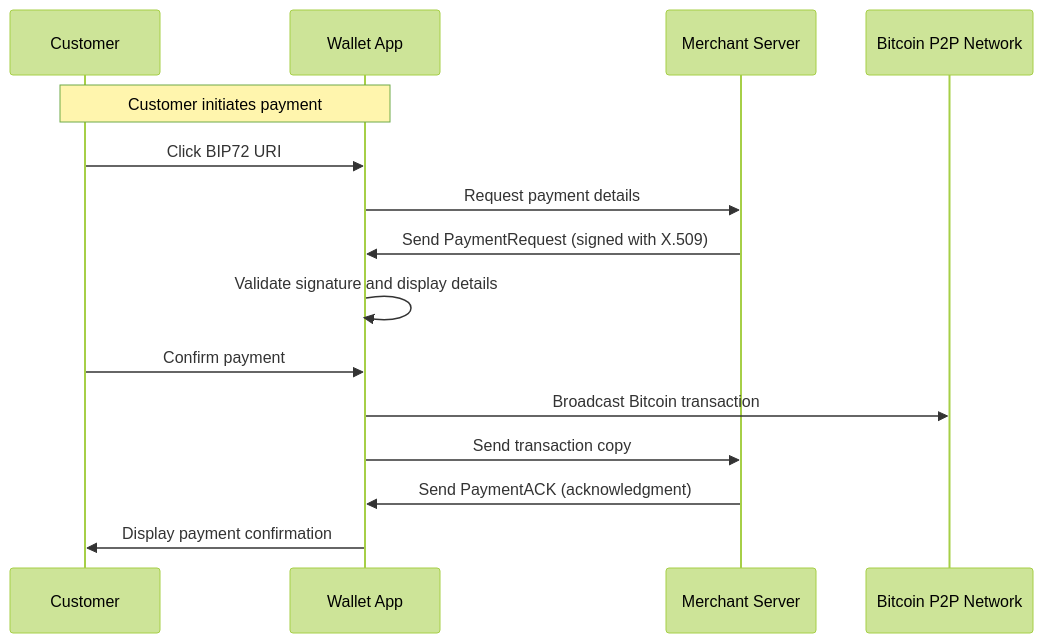
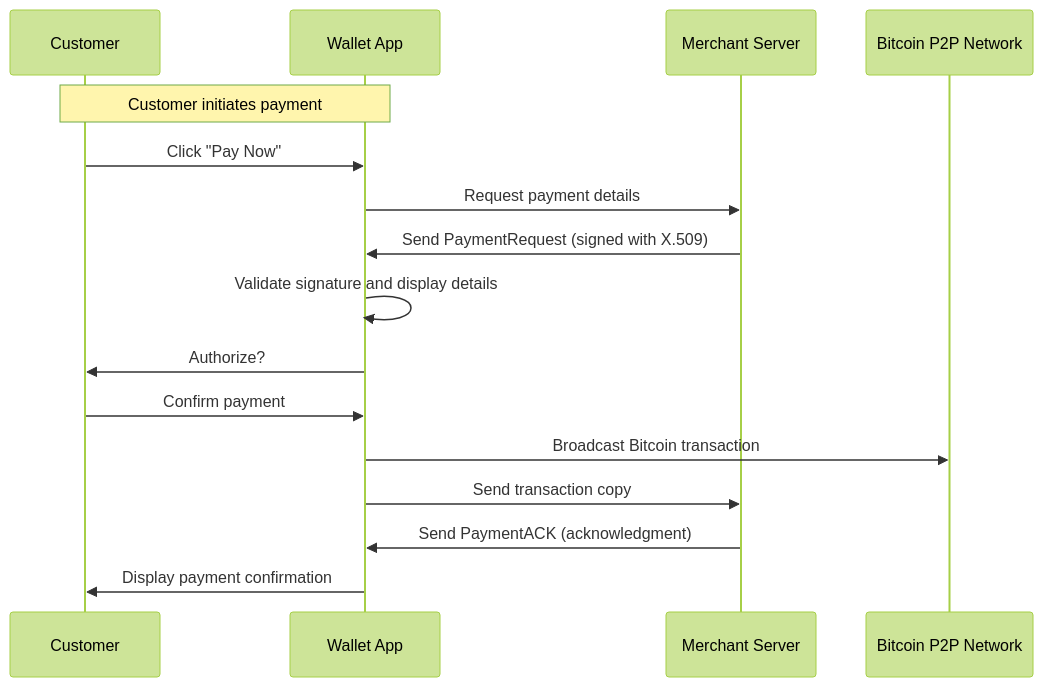
One commit to cqhung1412/bip70-multisign-demo changed the diagram in docs/bip70-mermaid.md. Above: the diagram before and after it, drawn with Mermaid (forest theme).

````diff
--- a/docs/bip70-mermaid.md
+++ b/docs/bip70-mermaid.md
@@ -1,18 +1,19 @@
 ```mermaid
 sequenceDiagram
     participant Customer as Customer
     participant Wallet as Wallet App
     participant Merchant as Merchant Server
     participant Network as Bitcoin P2P Network
 
     Note over Customer,Wallet: Customer initiates payment
-    Customer->>Wallet: Click BIP72 URI
+    Customer->>Wallet: Click "Pay Now"
     Wallet->>Merchant: Request payment details
     Merchant->>Wallet: Send PaymentRequest (signed with X.509)
     Wallet->>Wallet: Validate signature and display details
+    Wallet->>Customer: Authorize?
     Customer->>Wallet: Confirm payment
     Wallet->>Network: Broadcast Bitcoin transaction
     Wallet->>Merchant: Send transaction copy
     Merchant->>Wallet: Send PaymentACK (acknowledgment)
     Wallet->>Customer: Display payment confirmation
 ```
````
